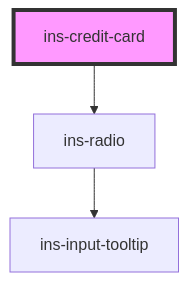
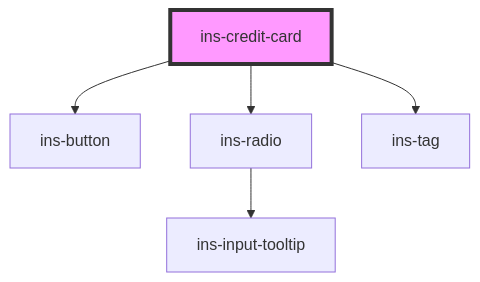
One commit to insites-io/insites-components-v2 changed the diagram in components/src/components/ins-credit-card/README.md. Above: the diagram before and after it, drawn with Mermaid. The commit also changed other lines of this file and 139 other files, not shown here.

Commit message:
New methods, events & attributes for ins-gallery, ins-modal, ins-credit-card, ins-button, ins-tag

````diff
--- a/components/src/components/ins-credit-card/README.md
+++ b/components/src/components/ins-credit-card/README.md
@@ -72,6 +87,8 @@
 ```mermaid
 graph TD;
+  ins-credit-card --> ins-button
   ins-credit-card --> ins-radio
+  ins-credit-card --> ins-tag
   ins-radio --> ins-input-tooltip
   style ins-credit-card fill:#f9f,stroke:#333,stroke-width:4px
 ```
````
